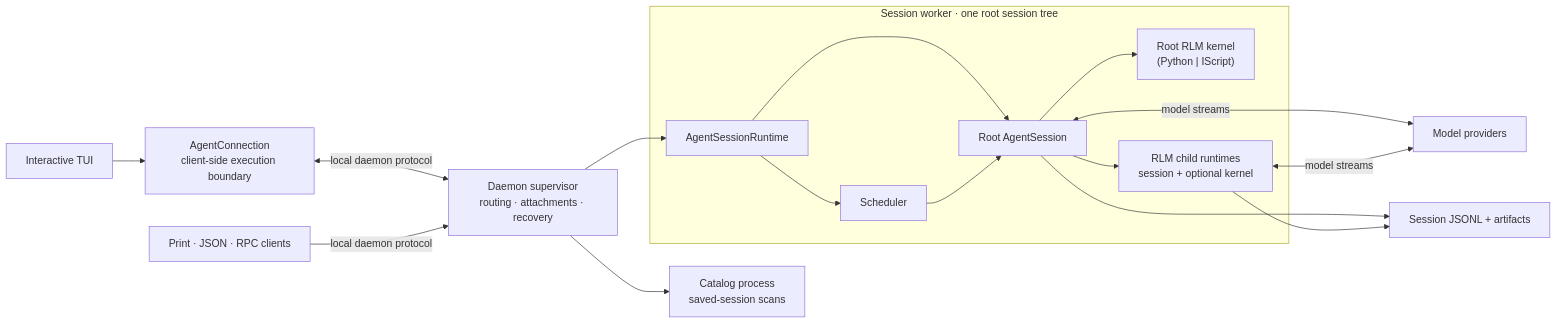
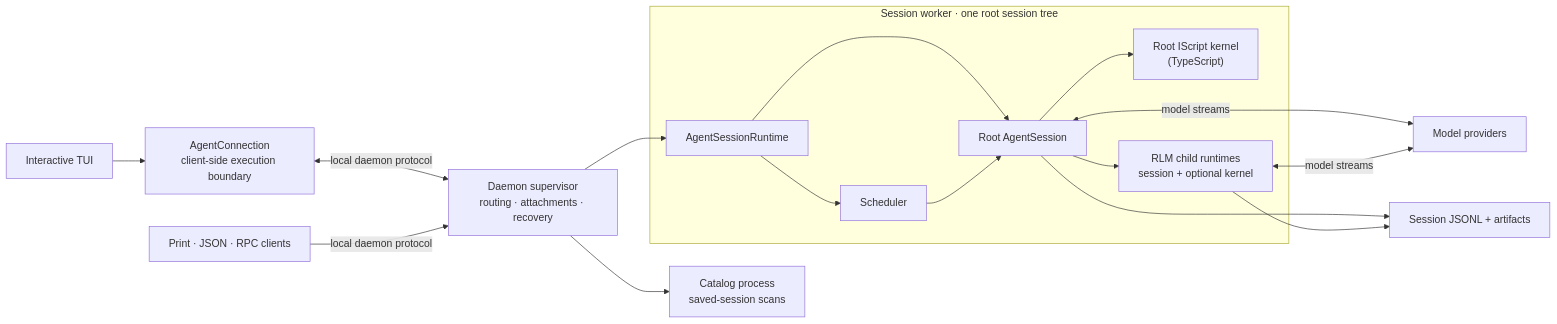
The first of 2 diagrams in packages/coding-agent/docs/architecture.md (Jackhuang13/apollo-cli), drawn with Mermaid before and after one commit. The commit also changed other lines of this file and 35 other files, not shown here.

Commit message:
docs: migrate coding-agent docs to Apollo CLI and the IScript kernel

````diff
--- a/packages/coding-agent/docs/architecture.md
+++ b/packages/coding-agent/docs/architecture.md
@@ -7,35 +7,35 @@
 ```mermaid
 flowchart LR
     interactive["Interactive TUI"]
     headless["Print · JSON · RPC clients"]
     connection["AgentConnection<br/>client-side execution boundary"]
     supervisor["Daemon supervisor<br/>routing · attachments · recovery"]
     catalog["Catalog process<br/>saved-session scans"]
 
     subgraph worker["Session worker · one root session tree"]
         runtime["AgentSessionRuntime"]
         root["Root AgentSession"]
         scheduler["Scheduler"]
-        kernel["Root RLM kernel<br/>(Python | IScript)"]
+        kernel["Root IScript kernel<br/>(TypeScript)"]
         children["RLM child runtimes<br/>session + optional kernel"]
 
         runtime --> root
         runtime --> scheduler
         root --> kernel
         root --> children
         scheduler --> root
     end
 
     providers["Model providers"]
     storage["Session JSONL + artifacts"]
 
     interactive --> connection
     connection <-->|"local daemon protocol"| supervisor
     headless -->|"local daemon protocol"| supervisor
     supervisor --> catalog
     supervisor --> runtime
     root <-->|"model streams"| providers
     children <-->|"model streams"| providers
     root --> storage
     children --> storage
 ```
````
